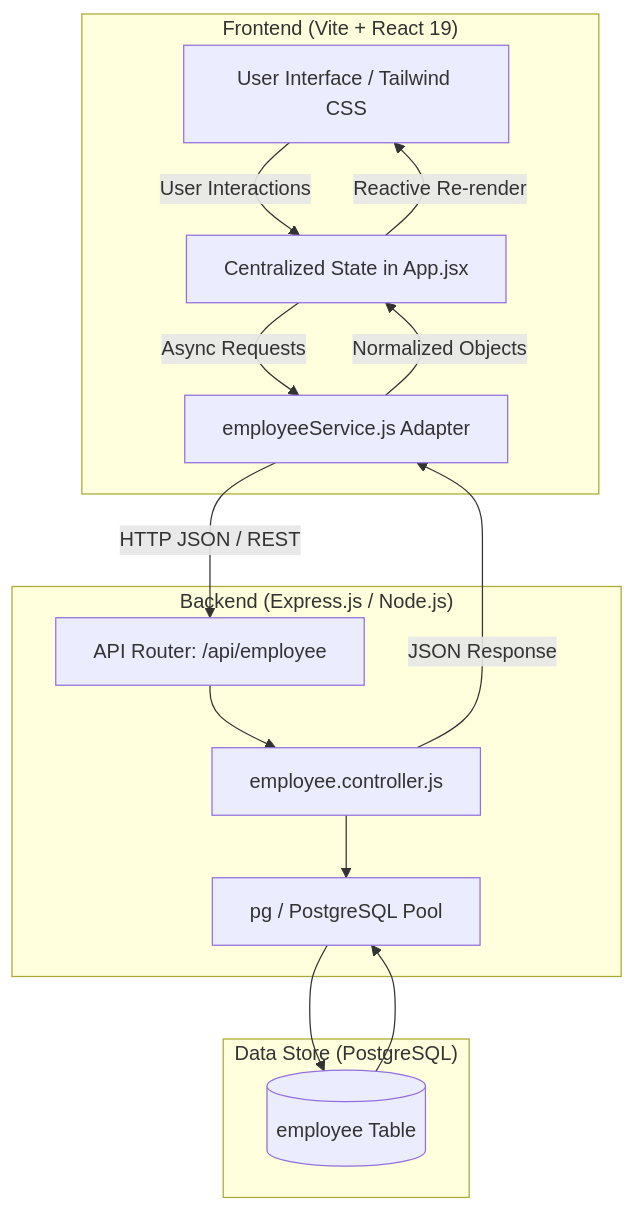
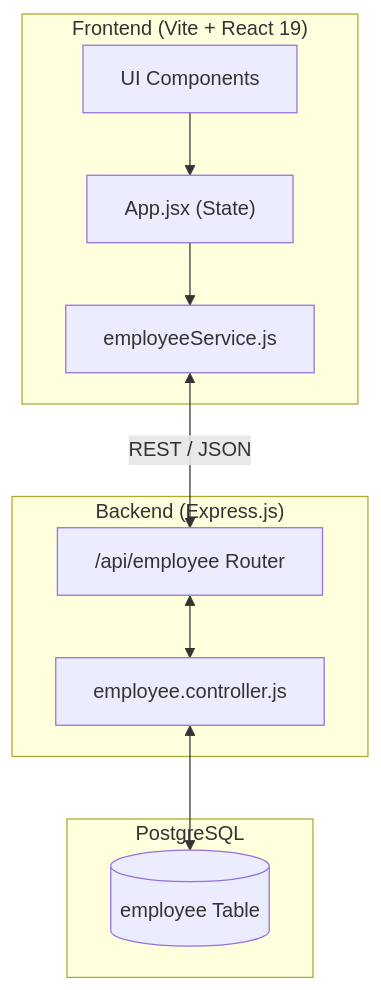
The diagram in Employee-mangement/front end/ARCHITECTURE.md (Classy-x/Employee-mangement), drawn with Mermaid before and after one commit. The commit also changed other lines of this file, not shown here.

Commit message:
Refactor architecture document for clarity and updates

````diff
--- a/Employee-mangement/front end/ARCHITECTURE.md
+++ b/Employee-mangement/front end/ARCHITECTURE.md
@@ -13,29 +12,23 @@
 ```mermaid
 graph TD
     subgraph Client ["Frontend (Vite + React 19)"]
-        UI["User Interface / Tailwind CSS"]
-        State["Centralized State in App.jsx"]
-        Service["employeeService.js Adapter"]
+        UI["UI Components"]
+        State["App.jsx (State)"]
+        Service["employeeService.js"]
     end
 
-    subgraph Server ["Backend (Express.js / Node.js)"]
-        Router["API Router: /api/employee"]
+    subgraph Server ["Backend (Express.js)"]
+        API["/api/employee Router"]
         Controller["employee.controller.js"]
-        DBClient["pg / PostgreSQL Pool"]
     end
 
-    subgraph Database ["Data Store (PostgreSQL)"]
+    subgraph Database ["PostgreSQL"]
         DB[("employee Table")]
     end
 
-    UI -->|"User Interactions"| State
-    State -->|"Async Requests"| Service
-    Service -->|"HTTP JSON / REST"| Router
-    Router --> Controller
-    Controller --> DBClient
-    DBClient --> DB
-    DB --> DBClient
-    Controller -->|"JSON Response"| Service
-    Service -->|"Normalized Objects"| State
-    State -->|"Reactive Re-render"| UI
+    UI --> State
+    State --> Service
+    Service <-->|REST / JSON| API
+    API <--> Controller
+    Controller <--> DB
 ```
````
